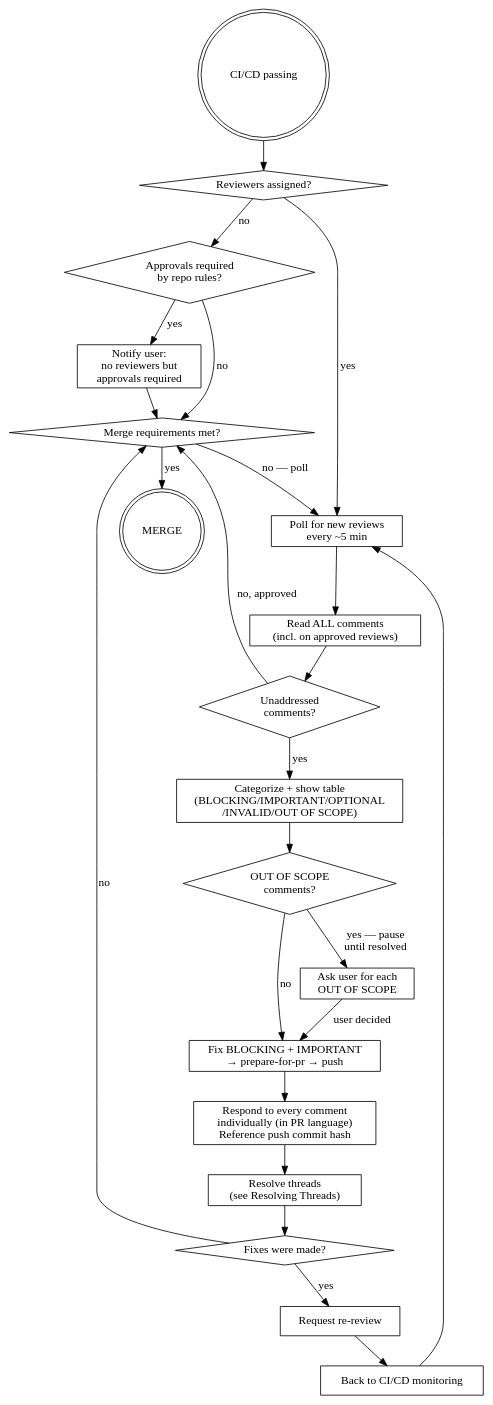
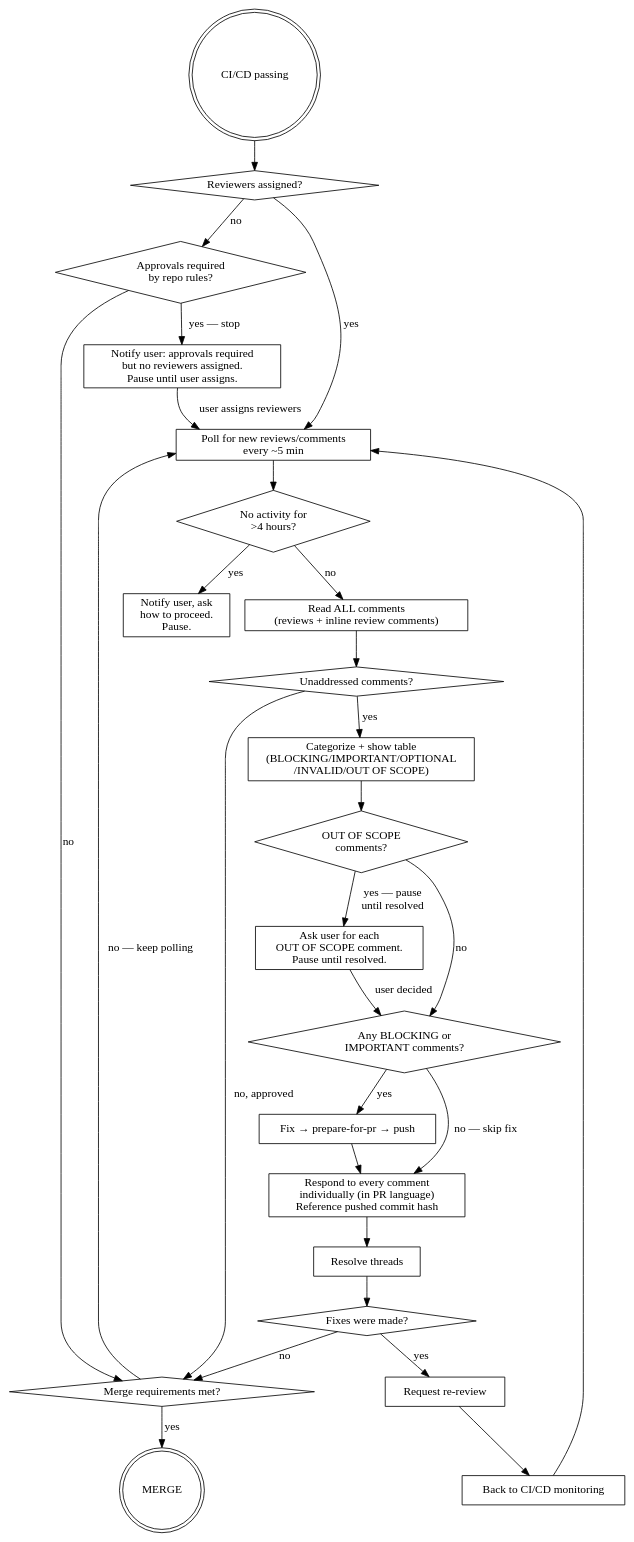
The second of 2 diagrams in plugins/developer-workflow/skills/pr-drive-to-merge/SKILL.md (kirich1409/maven-central-mcp), drawn with Graphviz before and after one commit. The commit also changed other lines of this file and 1 other file, not shown here.

First line of the commit message:
fix(round-2): address all critical and important review issues

````diff
--- a/plugins/developer-workflow/skills/pr-drive-to-merge/SKILL.md
+++ b/plugins/developer-workflow/skills/pr-drive-to-merge/SKILL.md
@@ -73,47 +74,54 @@
 ```dot
 digraph review {
     rankdir=TB;
 
     start [label="CI/CD passing", shape=doublecircle];
     reviewers [label="Reviewers assigned?", shape=diamond];
-    approvals_required [label="Approvals required\nby repo rules?", shape=diamond];
-    notify_user [label="Notify user:\nno reviewers but\napprovals required", shape=box];
-    wait [label="Poll for new reviews\nevery ~5 min", shape=box];
-    read_all [label="Read ALL comments\n(incl. on approved reviews)", shape=box];
-    any_comments [label="Unaddressed\ncomments?", shape=diamond];
+    approvals_req [label="Approvals required\nby repo rules?", shape=diamond];
+    ask_assign [label="Notify user: approvals required\nbut no reviewers assigned.\nPause until user assigns.", shape=box];
+    wait [label="Poll for new reviews/comments\nevery ~5 min", shape=box];
+    stale_check [label="No activity for\n>4 hours?", shape=diamond];
+    notify_stale [label="Notify user, ask\nhow to proceed.\nPause.", shape=box];
+    read_all [label="Read ALL comments\n(reviews + inline review comments)", shape=box];
+    any_comments [label="Unaddressed comments?", shape=diamond];
     categorize [label="Categorize + show table\n(BLOCKING/IMPORTANT/OPTIONAL\n/INVALID/OUT OF SCOPE)", shape=box];
     oos [label="OUT OF SCOPE\ncomments?", shape=diamond];
-    ask_oos [label="Ask user for each\nOUT OF SCOPE", shape=box];
-    fix [label="Fix BLOCKING + IMPORTANT\n→ prepare-for-pr → push", shape=box];
-    respond [label="Respond to every comment\nindividually (in PR language)\nReference push commit hash", shape=box];
-    resolve [label="Resolve threads\n(see Resolving Threads)", shape=box];
+    ask_oos [label="Ask user for each\nOUT OF SCOPE comment.\nPause until resolved.", shape=box];
+    any_fix [label="Any BLOCKING or\nIMPORTANT comments?", shape=diamond];
+    fix [label="Fix → prepare-for-pr → push", shape=box];
+    respond [label="Respond to every comment\nindividually (in PR language)\nReference pushed commit hash", shape=box];
+    resolve [label="Resolve threads", shape=box];
     fixes_made [label="Fixes were made?", shape=diamond];
     rereview [label="Request re-review", shape=box];
     ci_loop [label="Back to CI/CD monitoring", shape=box];
     merge_check [label="Merge requirements met?", shape=diamond];
     done [label="MERGE", shape=doublecircle];
 
     start -> reviewers;
-    reviewers -> approvals_required [label="no"];
-    approvals_required -> notify_user [label="yes"];
-    approvals_required -> merge_check [label="no"];
-    notify_user -> merge_check;
+    reviewers -> approvals_req [label="no"];
+    approvals_req -> ask_assign [label="yes — stop"];
+    approvals_req -> merge_check [label="no"];
+    ask_assign -> wait [label="user assigns reviewers"];
     reviewers -> wait [label="yes"];
-    wait -> read_all;
+    wait -> stale_check;
+    stale_check -> notify_stale [label="yes"];
+    stale_check -> read_all [label="no"];
     read_all -> any_comments;
     any_comments -> categorize [label="yes"];
     any_comments -> merge_check [label="no, approved"];
     categorize -> oos;
     oos -> ask_oos [label="yes — pause\nuntil resolved"];
-    oos -> fix [label="no"];
-    ask_oos -> fix [label="user decided"];
+    oos -> any_fix [label="no"];
+    ask_oos -> any_fix [label="user decided"];
+    any_fix -> fix [label="yes"];
+    any_fix -> respond [label="no — skip fix"];
     fix -> respond;
     respond -> resolve;
     resolve -> fixes_made;
     fixes_made -> rereview [label="yes"];
     fixes_made -> merge_check [label="no"];
     rereview -> ci_loop -> wait;
     merge_check -> done [label="yes"];
-    merge_check -> wait [label="no — poll"];
+    merge_check -> wait [label="no — keep polling"];
 }
 ```
````
